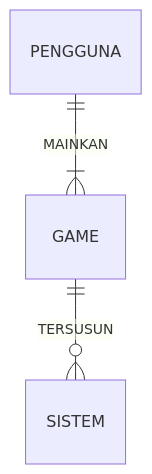
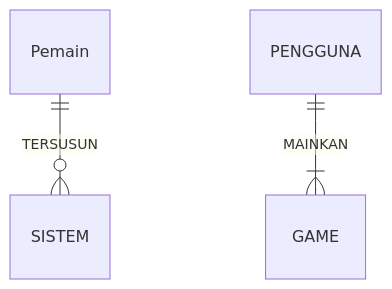
Before and after one commit to dffanzm/Job-Interview.: the diagram in README.md, drawn with Mermaid. The commit also changed other lines of this file, not shown here.

````diff
--- a/README.md
+++ b/README.md
@@ -42,5 +44,5 @@
 ```mermaid
 erDiagram
-    GAME ||--o{ SISTEM : TERSUSUN
+    Pemain ||--o{ SISTEM : TERSUSUN
     PENGGUNA ||--|{ GAME : MAINKAN
 ```
````
